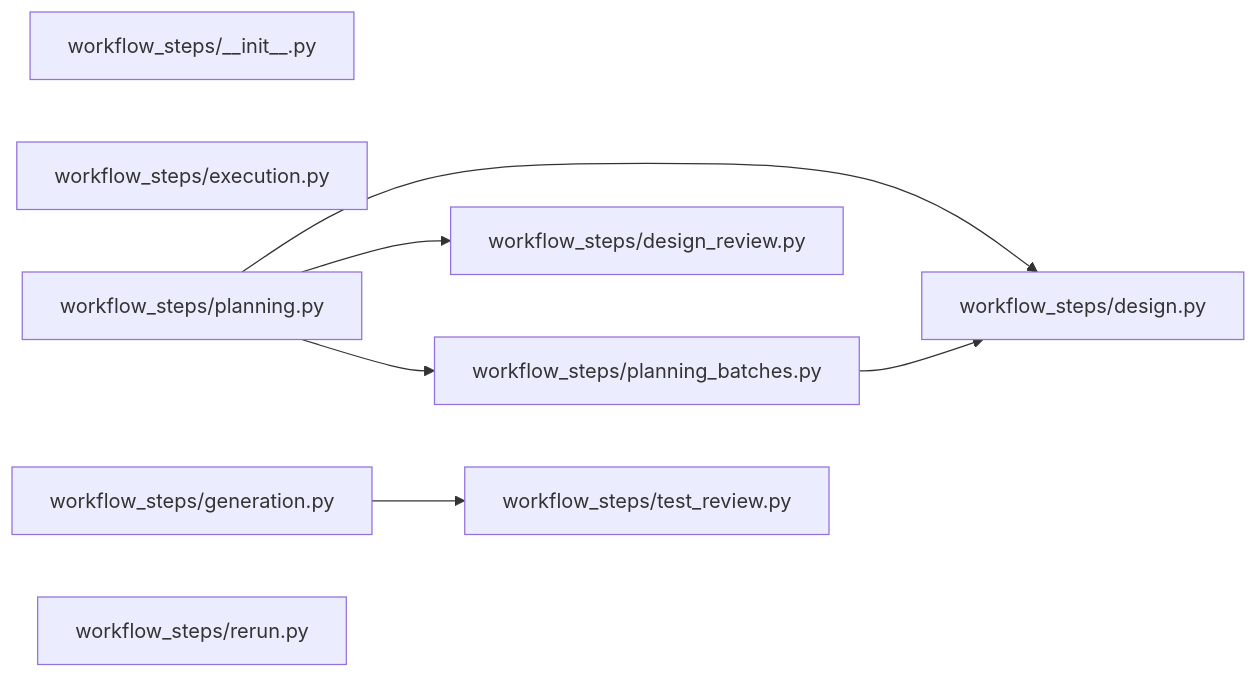
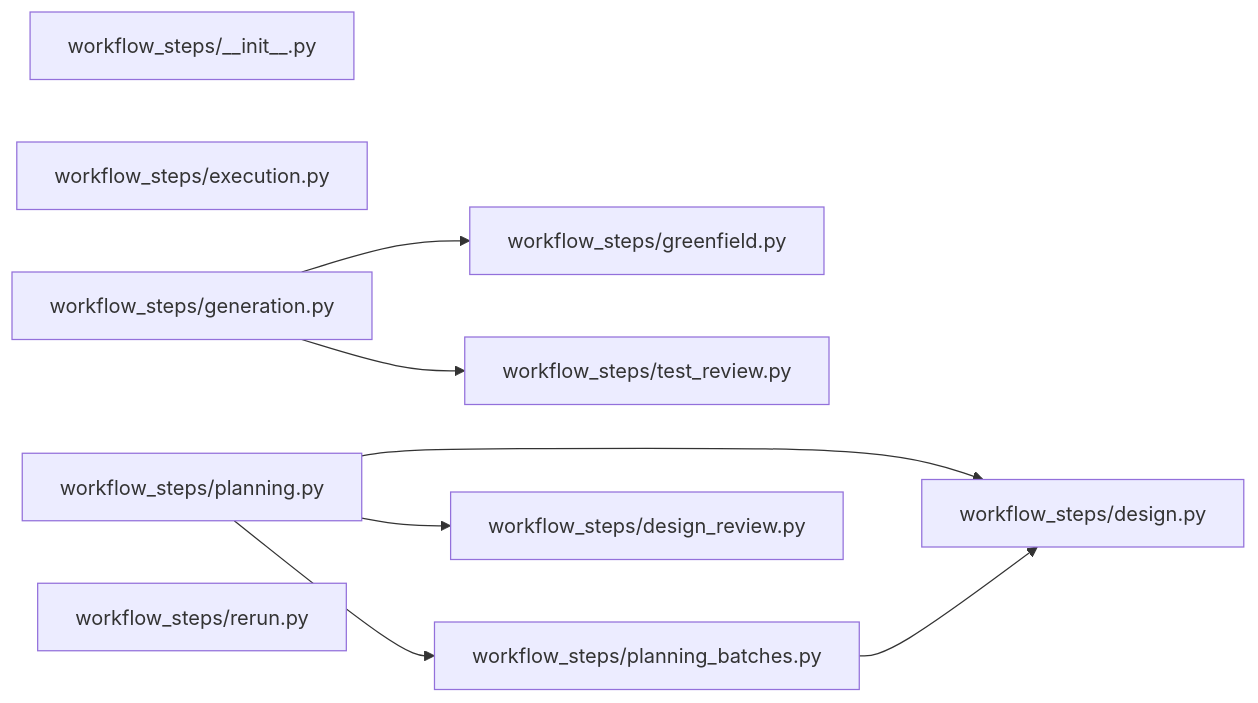
Before and after one commit to sarveshtalele/maf-harness-testing: diagram 21 of 21 in docs/ARCHITECTURE_MAP.md, drawn with Mermaid. The commit also changed other lines of this file and 19 other files, not shown here.

````diff
--- a/docs/ARCHITECTURE_MAP.md
+++ b/docs/ARCHITECTURE_MAP.md
@@ -510,17 +513,19 @@
 ```mermaid
 flowchart LR
   f0["workflow_steps/__init__.py"]
   f1["workflow_steps/design.py"]
   f2["workflow_steps/design_review.py"]
   f3["workflow_steps/execution.py"]
   f4["workflow_steps/generation.py"]
-  f5["workflow_steps/planning.py"]
-  f6["workflow_steps/planning_batches.py"]
-  f7["workflow_steps/rerun.py"]
-  f8["workflow_steps/test_review.py"]
-  f4 --> f8
-  f5 --> f1
-  f5 --> f2
-  f5 --> f6
+  f5["workflow_steps/greenfield.py"]
+  f6["workflow_steps/planning.py"]
+  f7["workflow_steps/planning_batches.py"]
+  f8["workflow_steps/rerun.py"]
+  f9["workflow_steps/test_review.py"]
+  f4 --> f5
+  f4 --> f9
   f6 --> f1
+  f6 --> f2
+  f6 --> f7
+  f7 --> f1
 ```
````
